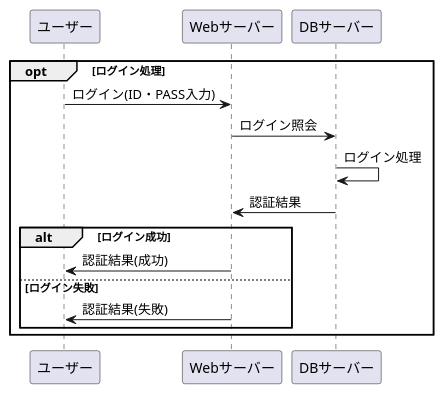
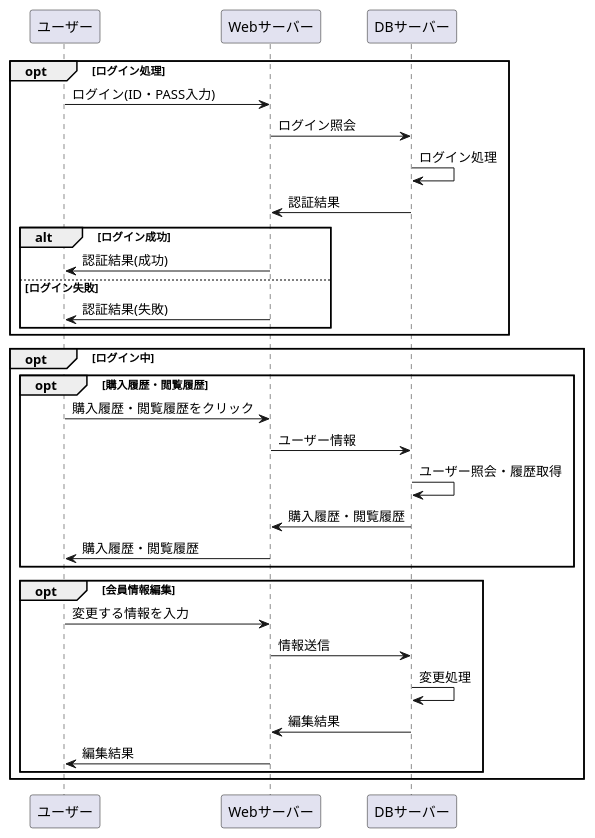
Before and after one commit to Aso2001163/2021sys-design-2: the diagram in システム開発/業務フロー/業務フロー(ログイン).md, drawn with PlantUML.

````diff
--- a/システム開発/業務フロー/業務フロー(ログイン).md
+++ b/システム開発/業務フロー/業務フロー(ログイン).md
@@ -1,18 +1,37 @@
 ```uml
 @startuml
 
 opt ログイン処理
 ユーザー -> Webサーバー : ログイン(ID・PASS入力)
 Webサーバー -> DBサーバー : ログイン照会
 DBサーバー -> DBサーバー : ログイン処理
 DBサーバー -> Webサーバー : 認証結果
 
 alt ログイン成功
 Webサーバー -> ユーザー : 認証結果(成功)
 else ログイン失敗
 Webサーバー -> ユーザー : 認証結果(失敗)
 end
 end
 
+opt ログイン中
+
+opt 購入履歴・閲覧履歴
+ユーザー -> Webサーバー : 購入履歴・閲覧履歴をクリック
+Webサーバー -> DBサーバー :ユーザー情報
+DBサーバー -> DBサーバー : ユーザー照会・履歴取得
+DBサーバー -> Webサーバー : 購入履歴・閲覧履歴
+Webサーバー -> ユーザー : 購入履歴・閲覧履歴
+end
+
+opt 会員情報編集
+ユーザー -> Webサーバー : 変更する情報を入力
+Webサーバー -> DBサーバー :情報送信
+DBサーバー -> DBサーバー : 変更処理
+DBサーバー -> Webサーバー : 編集結果
+Webサーバー -> ユーザー : 編集結果
+end
+end
+
 @enduml
 ```
````
